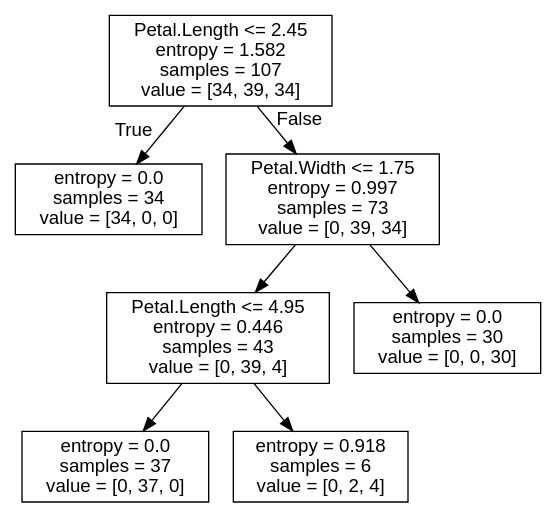
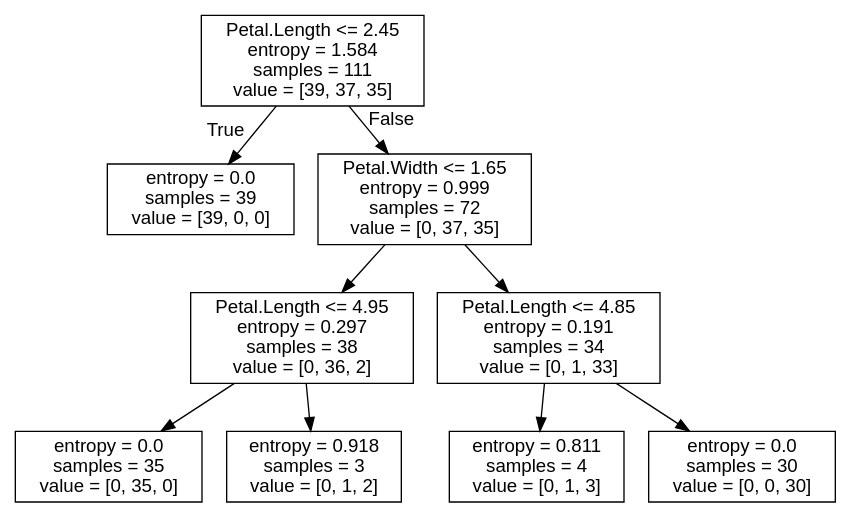
One commit to jmudarra23/python-ml-course changed the diagram in notebooks/Part 7 - Arboles y Bosques Aleatorios/resources/iris_dtree.dot. Above: the diagram before and after it, drawn with Graphviz. The commit also changed 3 other files, not shown here.

```diff
--- a/notebooks/Part 7 - Arboles y Bosques Aleatorios/resources/iris_dtree.dot
+++ b/notebooks/Part 7 - Arboles y Bosques Aleatorios/resources/iris_dtree.dot
@@ -1,17 +1,21 @@
 digraph Tree {
 node [shape=box, fontname="helvetica"] ;
 edge [fontname="helvetica"] ;
-0 [label="Petal.Length <= 2.45\nentropy = 1.582\nsamples = 107\nvalue = [34, 39, 34]"] ;
-1 [label="entropy = 0.0\nsamples = 34\nvalue = [34, 0, 0]"] ;
+0 [label="Petal.Length <= 2.45\nentropy = 1.584\nsamples = 111\nvalue = [39, 37, 35]"] ;
+1 [label="entropy = 0.0\nsamples = 39\nvalue = [39, 0, 0]"] ;
 0 -> 1 [labeldistance=2.5, labelangle=45, headlabel="True"] ;
-2 [label="Petal.Width <= 1.75\nentropy = 0.997\nsamples = 73\nvalue = [0, 39, 34]"] ;
+2 [label="Petal.Width <= 1.65\nentropy = 0.999\nsamples = 72\nvalue = [0, 37, 35]"] ;
 0 -> 2 [labeldistance=2.5, labelangle=-45, headlabel="False"] ;
-3 [label="Petal.Length <= 4.95\nentropy = 0.446\nsamples = 43\nvalue = [0, 39, 4]"] ;
+3 [label="Petal.Length <= 4.95\nentropy = 0.297\nsamples = 38\nvalue = [0, 36, 2]"] ;
 2 -> 3 ;
-4 [label="entropy = 0.0\nsamples = 37\nvalue = [0, 37, 0]"] ;
+4 [label="entropy = 0.0\nsamples = 35\nvalue = [0, 35, 0]"] ;
 3 -> 4 ;
-5 [label="entropy = 0.918\nsamples = 6\nvalue = [0, 2, 4]"] ;
+5 [label="entropy = 0.918\nsamples = 3\nvalue = [0, 1, 2]"] ;
 3 -> 5 ;
-6 [label="entropy = 0.0\nsamples = 30\nvalue = [0, 0, 30]"] ;
+6 [label="Petal.Length <= 4.85\nentropy = 0.191\nsamples = 34\nvalue = [0, 1, 33]"] ;
 2 -> 6 ;
+7 [label="entropy = 0.811\nsamples = 4\nvalue = [0, 1, 3]"] ;
+6 -> 7 ;
+8 [label="entropy = 0.0\nsamples = 30\nvalue = [0, 0, 30]"] ;
+6 -> 8 ;
 }
```
